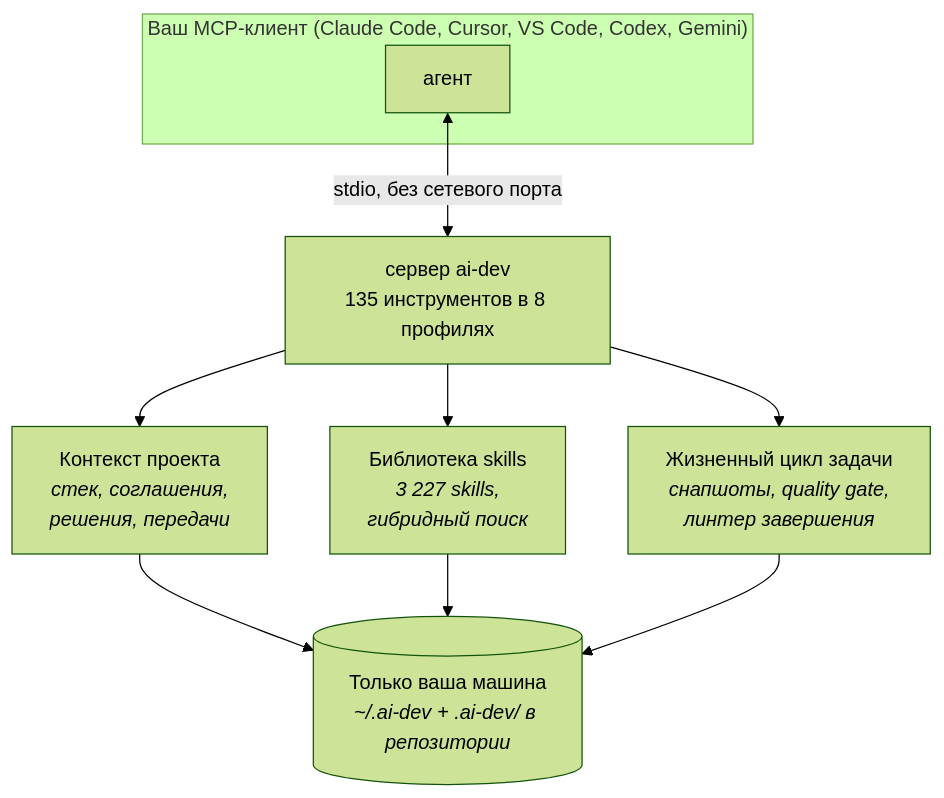
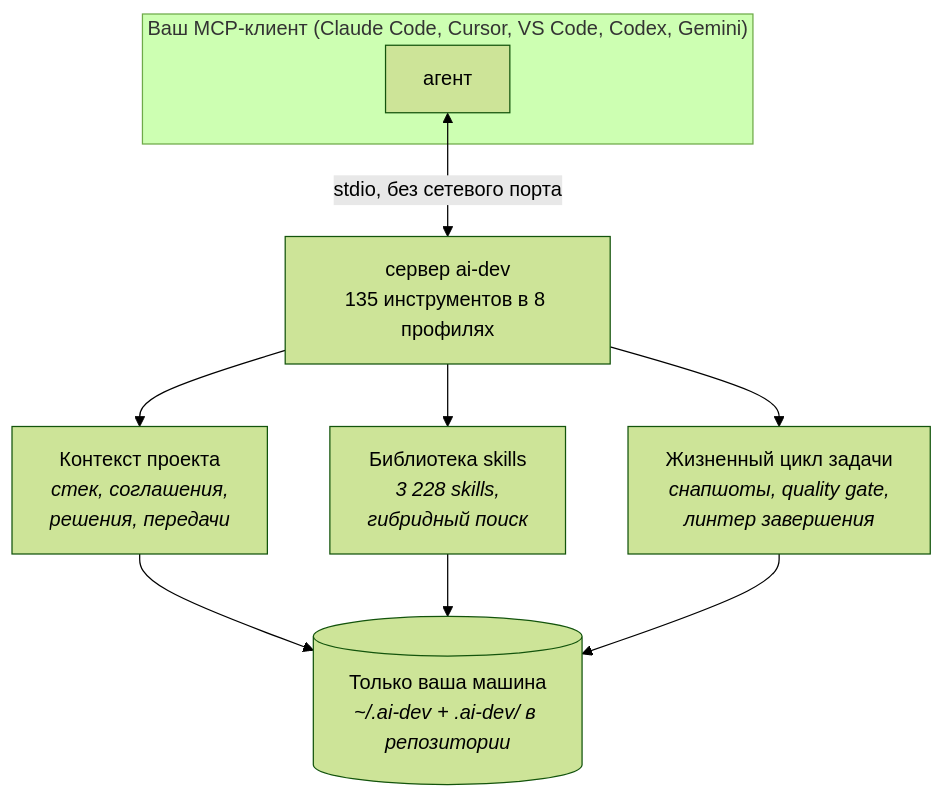
Before and after one commit to BreezeAreaSay/ai-dev-system: the second of 2 diagrams in README.ru.md, drawn with Mermaid (forest theme). The commit also changed other lines of this file and 12 other files, not shown here.

````diff
--- a/README.ru.md
+++ b/README.ru.md
@@ -131,11 +143,11 @@
 ```mermaid
 flowchart TB
     subgraph client["Ваш MCP-клиент (Claude Code, Cursor, VS Code, Codex, Gemini)"]
         agent["агент"]
     end
     agent <-->|stdio, без сетевого порта| server["сервер ai-dev<br/>135 инструментов в 8 профилях"]
     server --> ctx["Контекст проекта<br/><i>стек, соглашения,<br/>решения, передачи</i>"]
-    server --> skills["Библиотека skills<br/><i>3 227 skills,<br/>гибридный поиск</i>"]
+    server --> skills["Библиотека skills<br/><i>3 228 skills,<br/>гибридный поиск</i>"]
     server --> life["Жизненный цикл задачи<br/><i>снапшоты, quality gate,<br/>линтер завершения</i>"]
     ctx & skills & life --> disk[("Только ваша машина<br/><i>~/.ai-dev + .ai-dev/ в репозитории</i>")]
 ```
````
